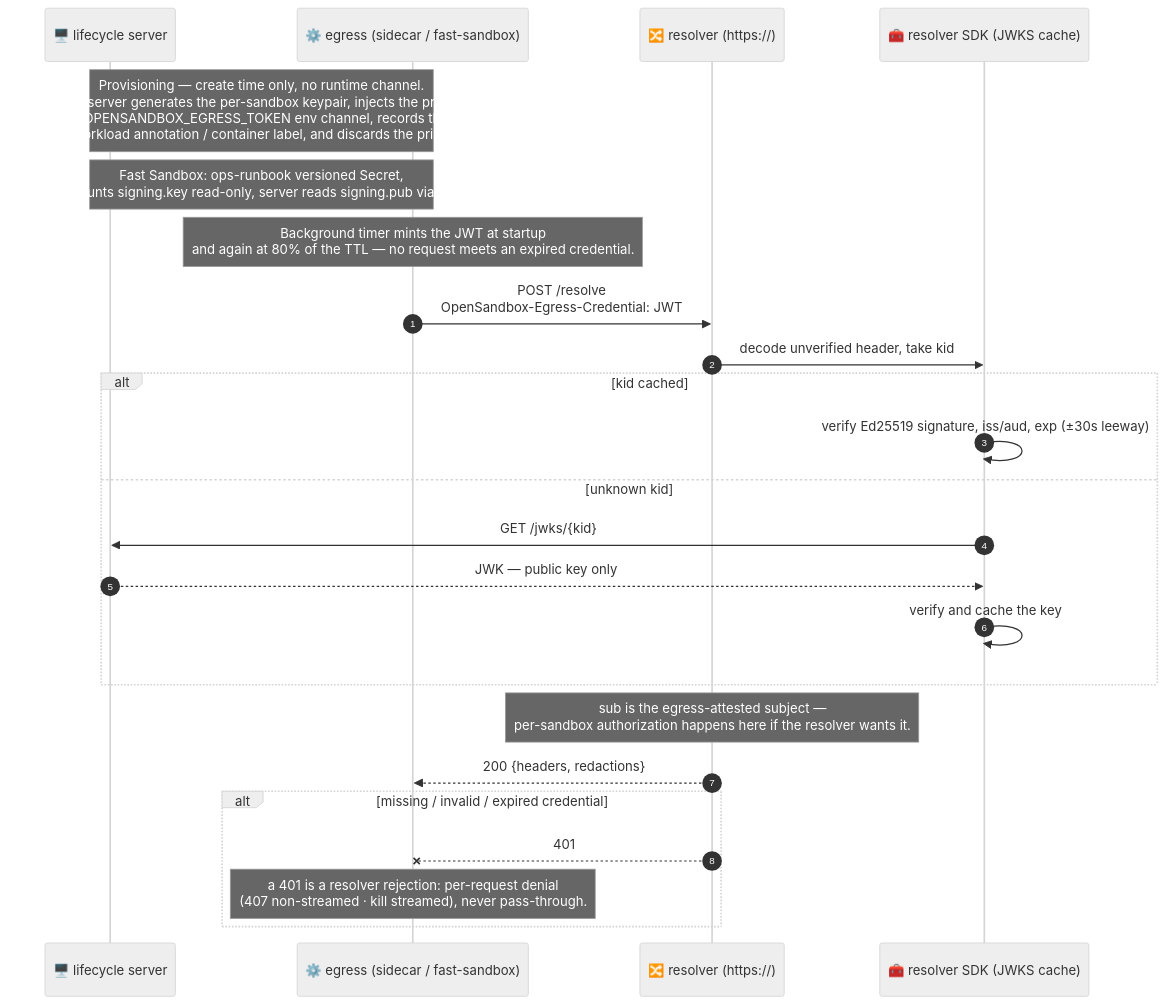
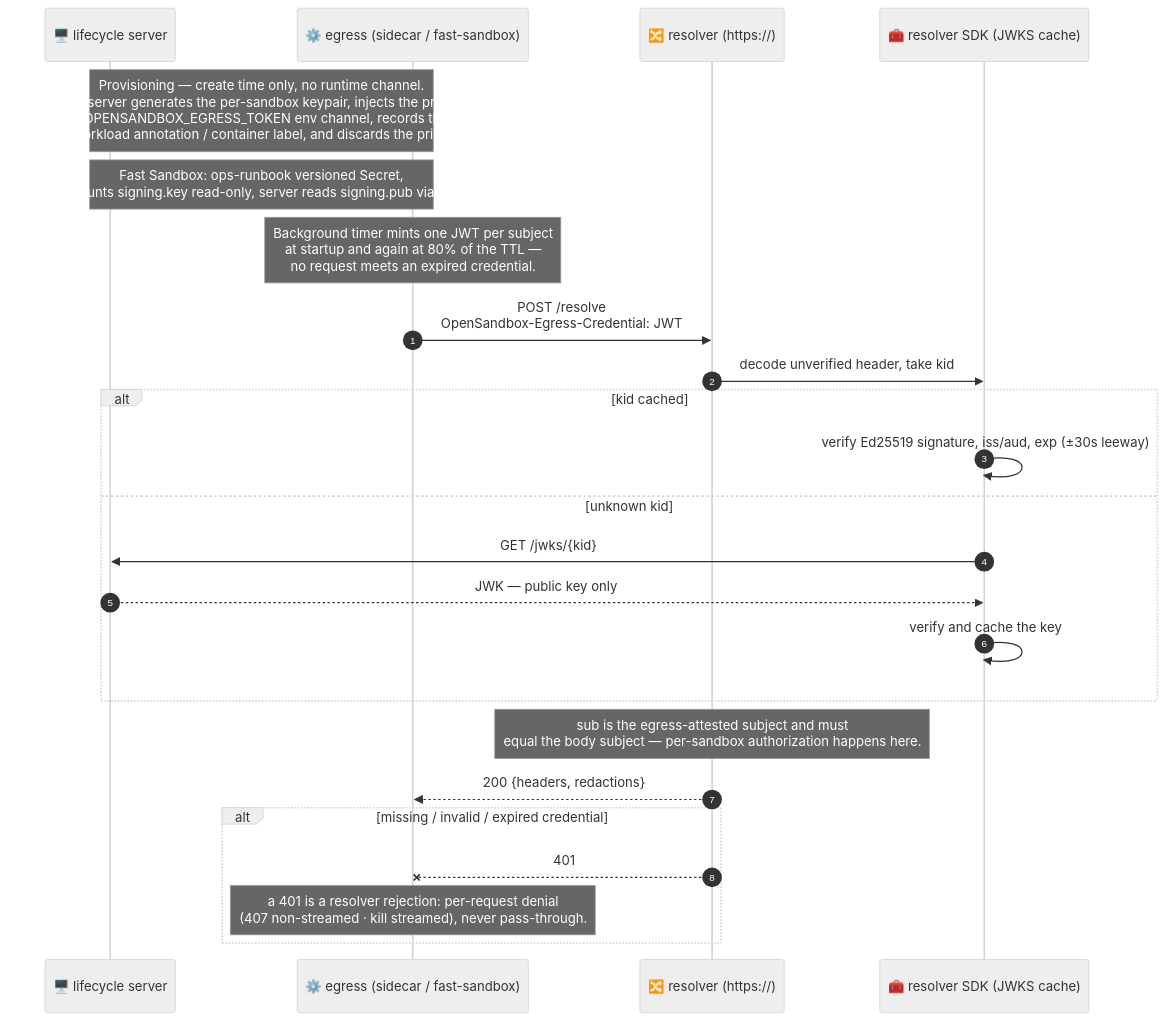
The fourth of 4 diagrams in oseps/0025-credential-vault-provider-spi.md (opensandbox-group/OpenSandbox), drawn with Mermaid (neutral theme) before and after one commit. The commit also changed other lines of this file, not shown here.

````diff
--- a/oseps/0025-credential-vault-provider-spi.md
+++ b/oseps/0025-credential-vault-provider-spi.md
@@ -378,30 +378,30 @@
 ```mermaid
 sequenceDiagram
     autonumber
     participant Srv as 🖥️ lifecycle server
     participant Egr as ⚙️ egress (sidecar / fast-sandbox)
     participant Res as 🔀 resolver (https://)
     participant SDK as 🧰 resolver SDK (JWKS cache)
 
     Note over Srv,Egr: Provisioning — create time only, no runtime channel.<br/>Sidecar: server generates the per-sandbox keypair, injects the private key<br/>through the OPENSANDBOX_EGRESS_TOKEN env channel, records the public key<br/>in the workload annotation / container label, and discards the private key.
     Note over Srv,Egr: Fast Sandbox: ops-runbook versioned Secret,<br/>egress mounts signing.key read-only, server reads signing.pub via secretRef.
 
-    Note over Egr: Background timer mints the JWT at startup<br/>and again at 80% of the TTL — no request meets an expired credential.
+    Note over Egr: Background timer mints one JWT per subject<br/>at startup and again at 80% of the TTL —<br/>no request meets an expired credential.
 
     Egr->>Res: POST /resolve<br/>OpenSandbox-Egress-Credential: JWT
     Res->>SDK: decode unverified header, take kid
     alt kid cached
         SDK->>SDK: verify Ed25519 signature, iss/aud, exp (±30s leeway)
     else unknown kid
         SDK->>Srv: GET /jwks/{kid}
         Srv-->>SDK: JWK — public key only
         SDK->>SDK: verify and cache the key
     end
-    Note over Res: sub is the egress-attested subject —<br/>per-sandbox authorization happens here if the resolver wants it.
+    Note over Res: sub is the egress-attested subject and must<br/>equal the body subject — per-sandbox authorization happens here.
     Res-->>Egr: 200 {headers, redactions}
 
     alt missing / invalid / expired credential
         Res--xEgr: 401
         Note over Egr: a 401 is a resolver rejection: per-request denial<br/>(407 non-streamed · kill streamed), never pass-through.
     end
 ```
````
